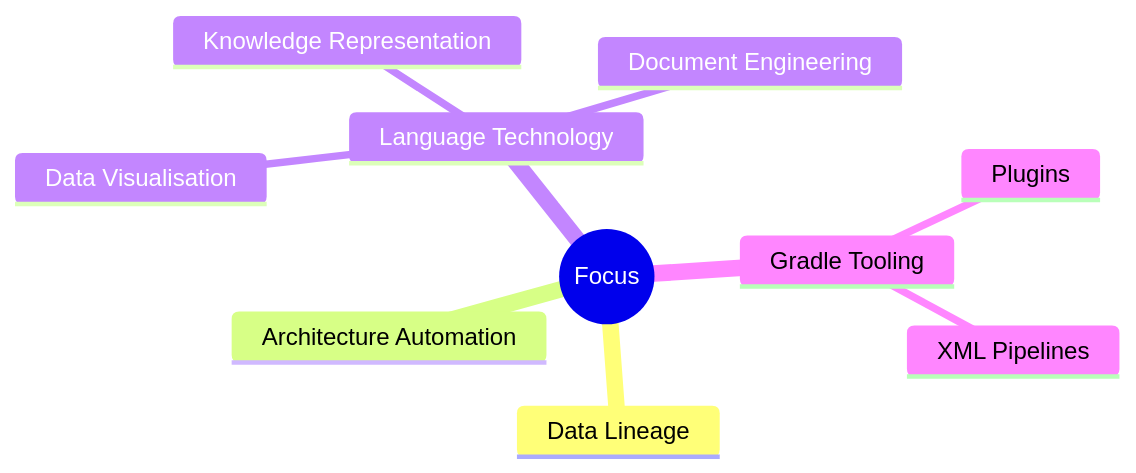
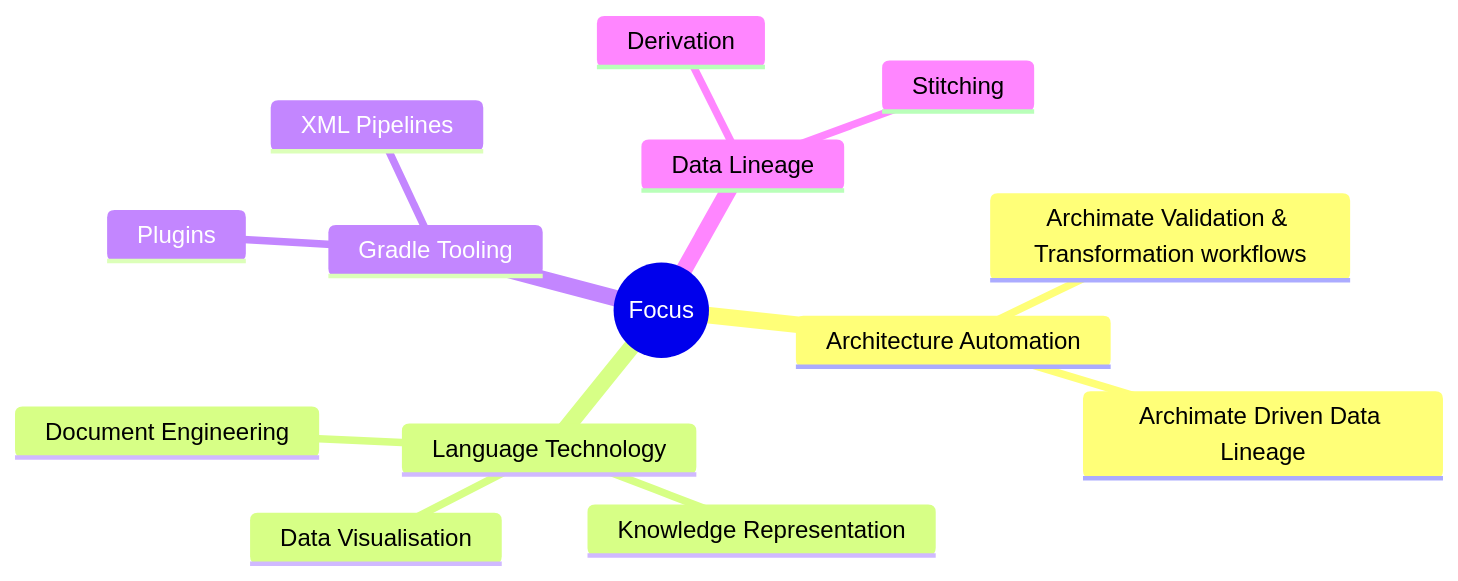
The diagram in README.md (jurgenei/jurgenei), drawn with Mermaid before and after one commit.

Commit message:
updated mindmap

````diff
--- a/README.md
+++ b/README.md
@@ -11,13 +11,17 @@
 ```mermaid
 mindmap
   root((Focus))
-    Data Lineage
     Architecture Automation
+       Archimate Validation & Transformation workflows
+       Archimate Driven Data Lineage
     Language Technology
        Data Visualisation
        Knowledge Representation
        Document Engineering
     Gradle Tooling
        Plugins
        XML Pipelines
+    Data Lineage
+      Derivation
+      Stitching
 ```
````
